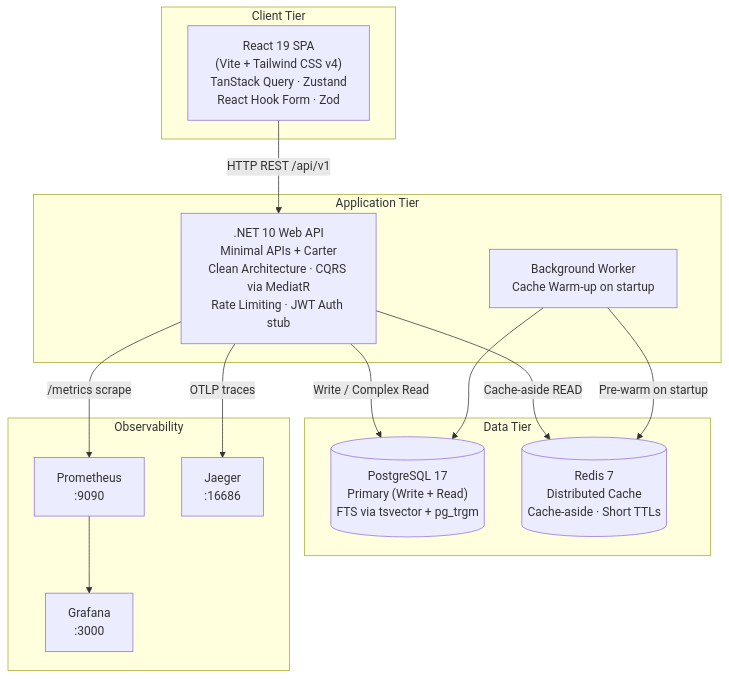
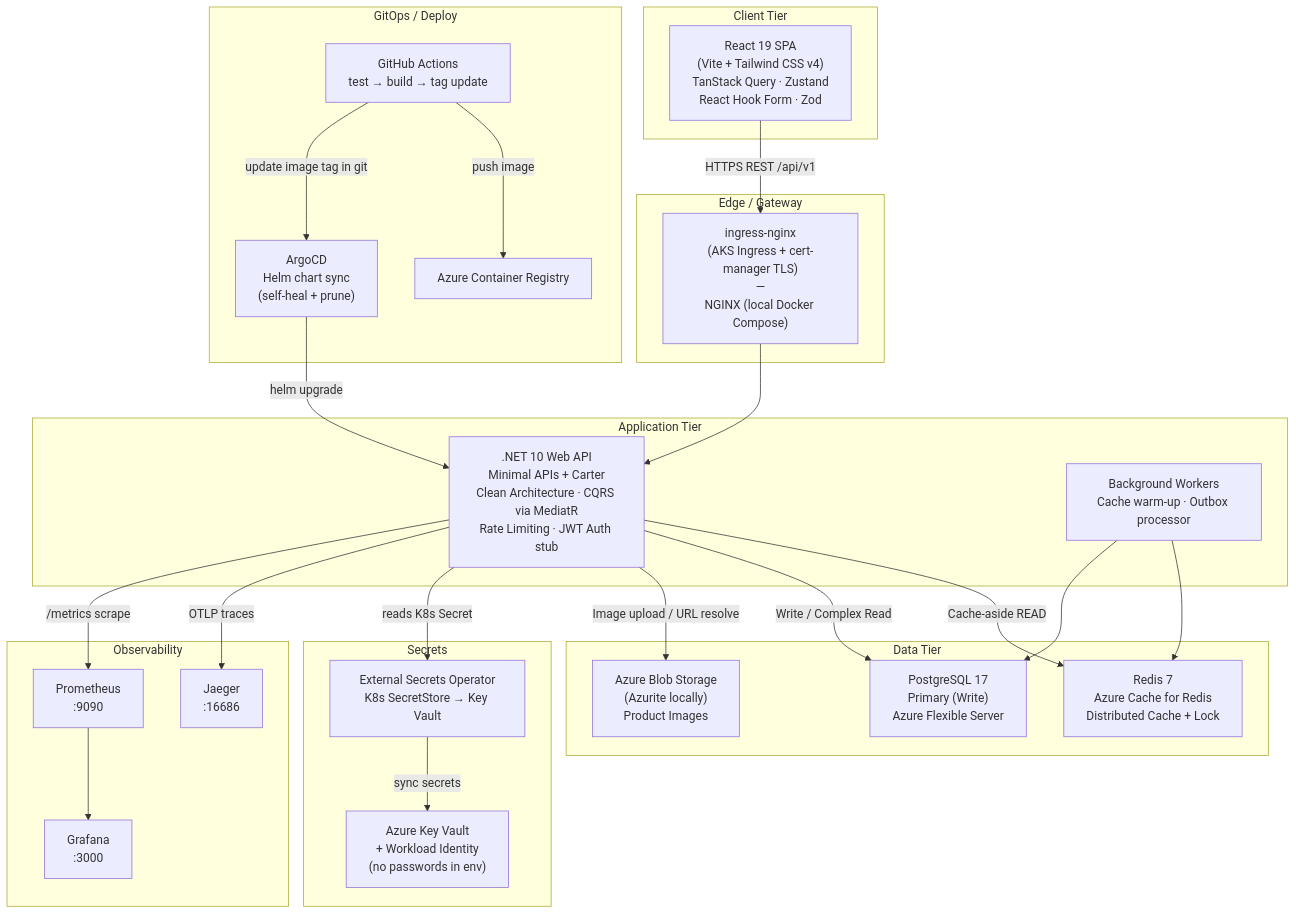
One commit to linhvuquach/e-comerce-product-management changed the first of 5 diagrams in README.md. Above: the diagram before and after it, drawn with Mermaid. The commit also changed other lines of this file and 3 other files, not shown here.

First line of the commit message:
feat: add NGINX service to Docker Compose and update README for application access

````diff
--- a/README.md
+++ b/README.md
@@ -7,30 +7,53 @@
 ```mermaid
 graph TD
     subgraph Client Tier
         SPA["React 19 SPA<br/>(Vite + Tailwind CSS v4)<br/>TanStack Query · Zustand<br/>React Hook Form · Zod"]
     end
 
+    subgraph Edge / Gateway
+        GW["ingress-nginx<br/>(AKS Ingress + cert-manager TLS)<br/>—<br/>NGINX (local Docker Compose)"]
+    end
+
     subgraph Application Tier
         API[".NET 10 Web API<br/>Minimal APIs + Carter<br/>Clean Architecture · CQRS via MediatR<br/>Rate Limiting · JWT Auth stub"]
-        BG["Background Worker<br/>Cache Warm-up on startup"]
+        BG["Background Workers<br/>Cache warm-up · Outbox processor"]
     end
 
     subgraph Data Tier
-        PG[("PostgreSQL 17<br/>Primary (Write + Read)<br/>FTS via tsvector + pg_trgm")]
-        REDIS[("Redis 7<br/>Distributed Cache<br/>Cache-aside · Short TTLs")]
+        PG["PostgreSQL 17<br/>Primary (Write)<br/>Azure Flexible Server"]
+        REDIS["Redis 7<br/>Azure Cache for Redis<br/>Distributed Cache + Lock"]
+        BLOB["Azure Blob Storage<br/>(Azurite locally)<br/>Product Images"]
     end
 
     subgraph Observability
         PROM["Prometheus<br/>:9090"]
         GRAF["Grafana<br/>:3000"]
         JAEGER["Jaeger<br/>:16686"]
     end
 
-    SPA -->|"HTTP REST /api/v1"| API
+    subgraph Secrets
+        KV["Azure Key Vault<br/>+ Workload Identity<br/>(no passwords in env)"]
+        ESO["External Secrets Operator<br/>K8s SecretStore → Key Vault"]
+    end
+
+    subgraph GitOps / Deploy
+        GHA["GitHub Actions<br/>test → build → tag update"]
+        ACR["Azure Container Registry"]
+        ARGOCD["ArgoCD<br/>Helm chart sync<br/>(self-heal + prune)"]
+    end
+
+    SPA -->|"HTTPS REST /api/v1"| GW
+    GW --> API
     API -->|"Cache-aside READ"| REDIS
     API -->|"Write / Complex Read"| PG
-    BG -->|"Pre-warm on startup"| REDIS
+    API -->|"Image upload / URL resolve"| BLOB
+    BG --> REDIS
     BG --> PG
+    ESO -->|"sync secrets"| KV
+    API -->|"reads K8s Secret"| ESO
     API -->|"OTLP traces"| JAEGER
     API -->|"/metrics scrape"| PROM --> GRAF
+    GHA -->|"push image"| ACR
+    GHA -->|"update image tag in git"| ARGOCD
+    ARGOCD -->|"helm upgrade"| API
 ```
````
